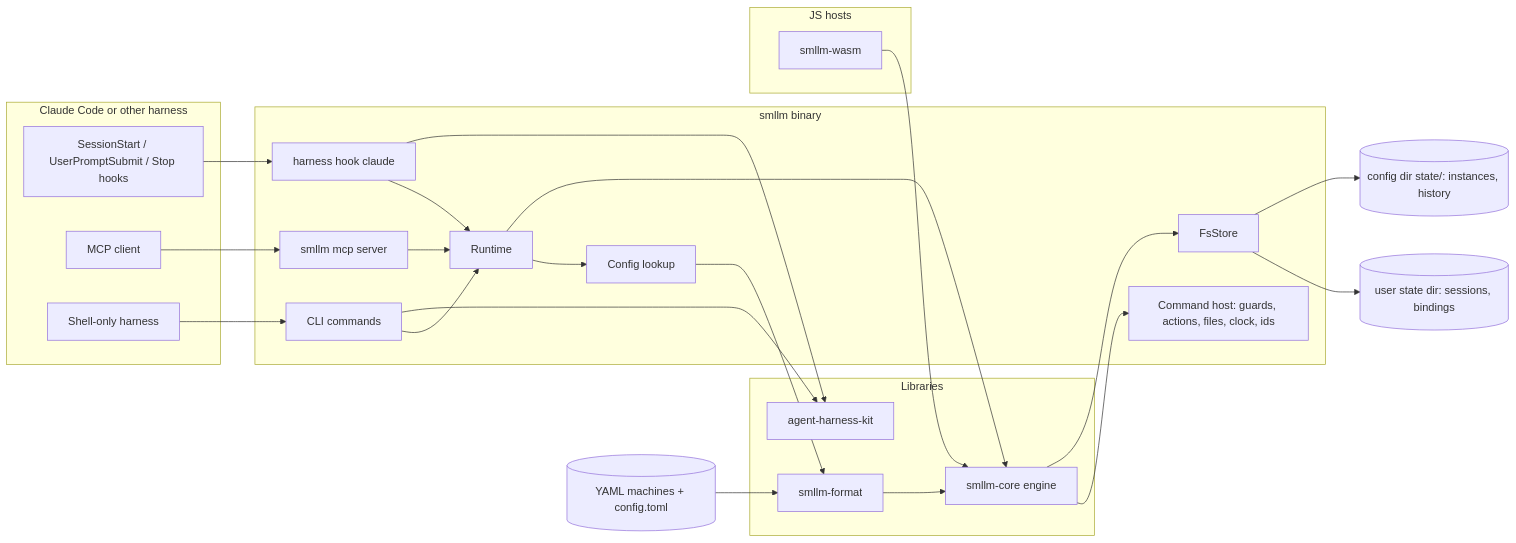
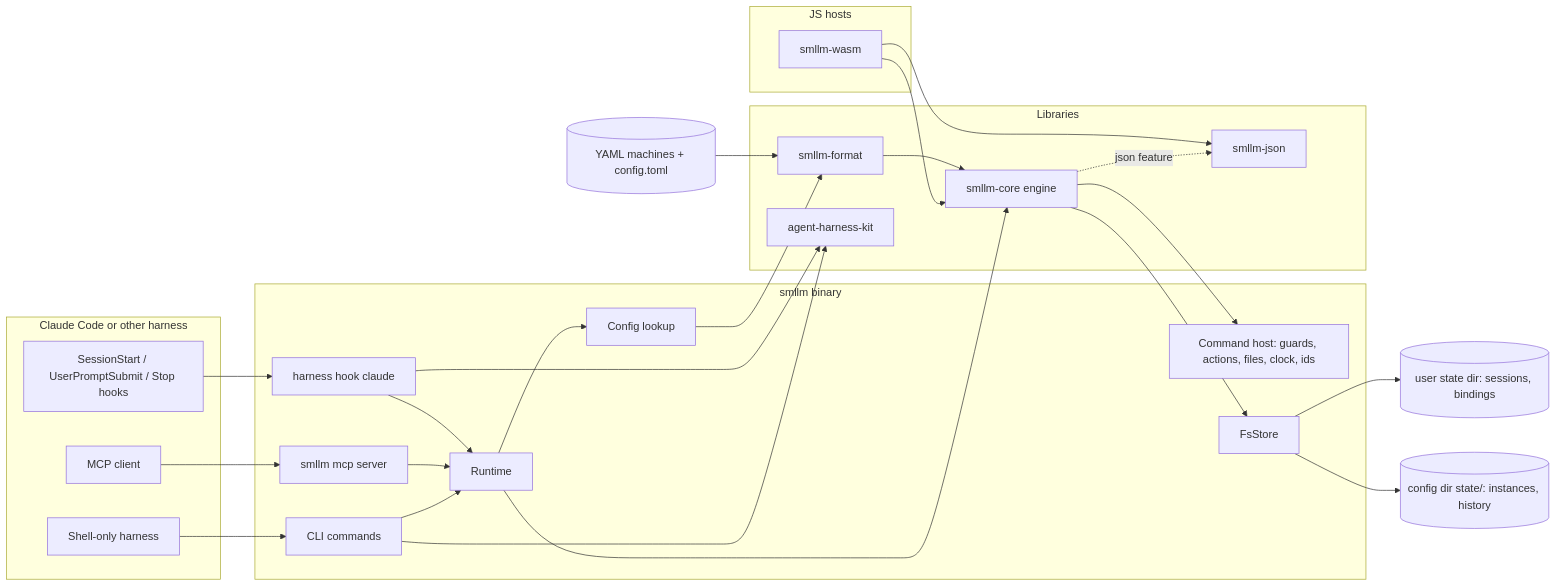
The first of 3 diagrams in .zen/specs/ARCHITECTURE.md (six5536/sllm), drawn with Mermaid before and after one commit. The commit also changed other lines of this file and 34 other files, not shown here.

Commit message:
feat: smllm-json, our own no_std JSON reader and writer, replaces miniserde in the wasm: 116.0 KiB, errors name the field or byte (PLAN-007 S5)

````diff
--- a/.zen/specs/ARCHITECTURE.md
+++ b/.zen/specs/ARCHITECTURE.md
@@ -37,47 +37,50 @@
 ```mermaid
 flowchart LR
     subgraph Agent[Claude Code or other harness]
         Hooks[SessionStart / UserPromptSubmit / Stop hooks]
         McpClient[MCP client]
         Shell[Shell-only harness]
     end
     subgraph App[smllm binary]
         Cli[CLI commands]
         Hook[harness hook claude]
         Mcp[smllm mcp server]
         Runtime[Runtime]
         CmdHost[Command host: guards, actions, files, clock, ids]
         Store[FsStore]
         Lookup[Config lookup]
     end
     subgraph Libs[Libraries]
         Core[smllm-core engine]
         Format[smllm-format]
         Kit[agent-harness-kit]
+        Json[smllm-json]
     end
     subgraph Js[JS hosts]
         Wasm[smllm-wasm]
     end
     Files[(YAML machines + config.toml)]
     UserState[(user state dir: sessions, bindings)]
     ProjState[(config dir state/: instances, history)]
 
     Hooks --> Hook
     McpClient --> Mcp
     Shell --> Cli
     Hook --> Runtime
     Mcp --> Runtime
     Cli --> Runtime
     Hook --> Kit
     Cli --> Kit
     Runtime --> Lookup
     Lookup --> Format
     Files --> Format
     Format --> Core
     Runtime --> Core
     Core --> CmdHost
     Core --> Store
     Store --> UserState
     Store --> ProjState
     Wasm --> Core
+    Wasm --> Json
+    Core -.->|json feature| Json
 ```
````
